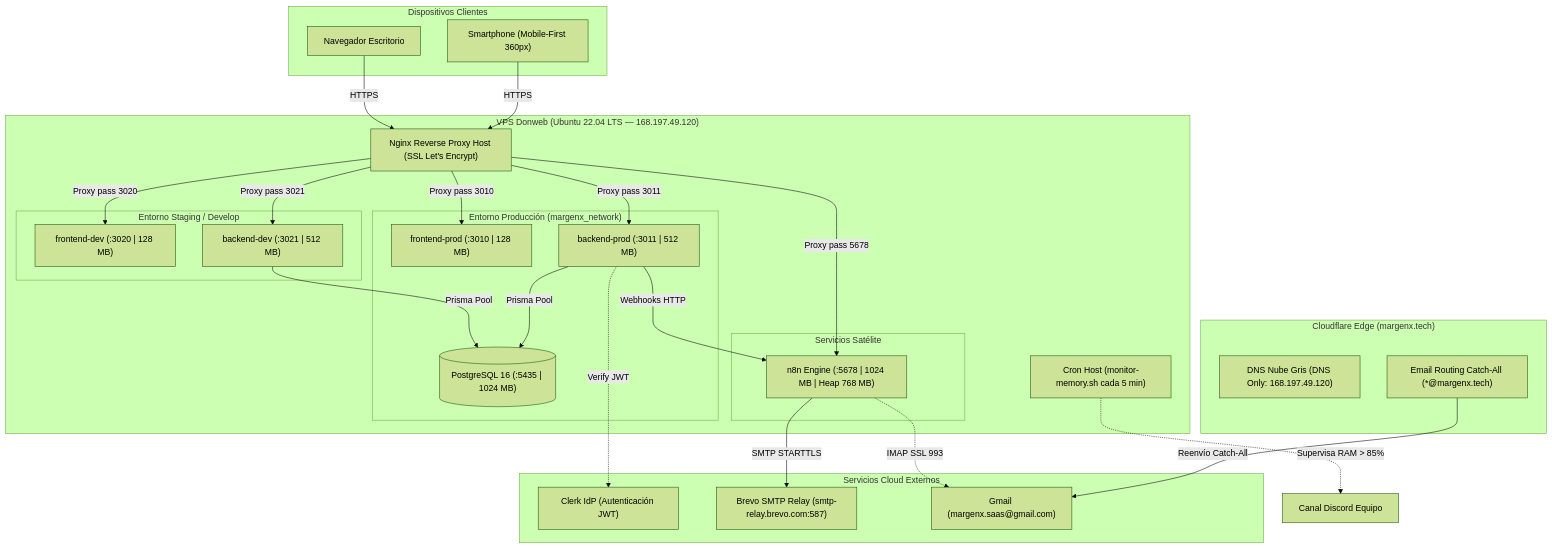
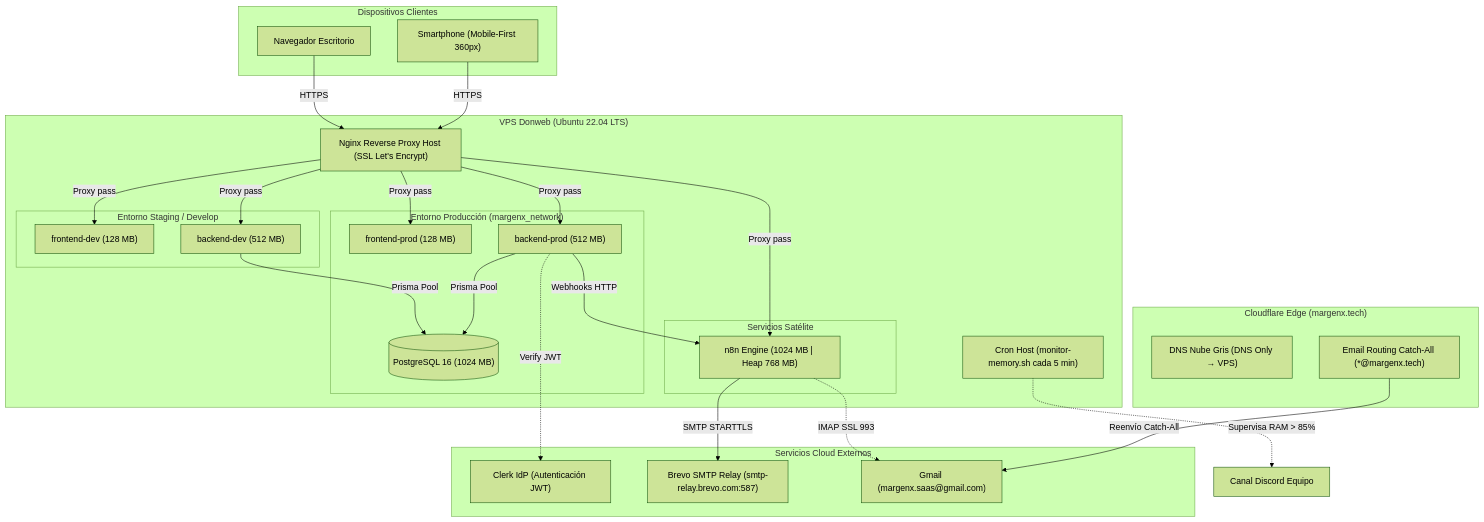
Before and after one commit to dgimenezdeveloper/margenx: the third of 3 diagrams in docs/Arquitectura-Software-(SAD).md, drawn with Mermaid (forest theme). The commit also changed 1 other file, not shown here.

Commit message:
docs(arquitectura): quitar IP y puertos del VPS de los diagramas de despliegue (#181)

````diff
--- a/docs/Arquitectura-Software-(SAD).md
+++ b/docs/Arquitectura-Software-(SAD).md
@@ -394,55 +394,55 @@
 ```mermaid
 graph TB
     subgraph CLIENTES ["Dispositivos Clientes"]
         Mobile["Smartphone (Mobile-First 360px)"]
         Desktop["Navegador Escritorio"]
     end
 
     subgraph CLOUDFLARE ["Cloudflare Edge (margenx.tech)"]
-        DNS["DNS Nube Gris (DNS Only: 168.197.49.120)"]
+        DNS["DNS Nube Gris (DNS Only → VPS)"]
         EmailRouting["Email Routing Catch-All (*@margenx.tech)"]
     end
 
     subgraph EXT_SERVICES ["Servicios Cloud Externos"]
         Clerk["Clerk IdP (Autenticación JWT)"]
         Brevo["Brevo SMTP Relay (smtp-relay.brevo.com:587)"]
         Gmail["Gmail (margenx.saas@gmail.com)"]
     end
 
-    subgraph VPS ["VPS Donweb (Ubuntu 22.04 LTS — 168.197.49.120)"]
+    subgraph VPS ["VPS Donweb (Ubuntu 22.04 LTS)"]
         Nginx["Nginx Reverse Proxy Host (SSL Let's Encrypt)"]
         CronHost["Cron Host (monitor-memory.sh cada 5 min)"]
 
         subgraph STACK_PROD ["Entorno Producción (margenx_network)"]
-            FrontP["frontend-prod (:3010 | 128 MB)"]
-            BackP["backend-prod (:3011 | 512 MB)"]
-            DB_Prod[("PostgreSQL 16 (:5435 | 1024 MB)")]
+            FrontP["frontend-prod (128 MB)"]
+            BackP["backend-prod (512 MB)"]
+            DB_Prod[("PostgreSQL 16 (1024 MB)")]
         end
 
         subgraph STACK_DEV ["Entorno Staging / Develop"]
-            FrontD["frontend-dev (:3020 | 128 MB)"]
-            BackD["backend-dev (:3021 | 512 MB)"]
+            FrontD["frontend-dev (128 MB)"]
+            BackD["backend-dev (512 MB)"]
         end
 
         subgraph AUTOMATION ["Servicios Satélite"]
-            N8N["n8n Engine (:5678 | 1024 MB | Heap 768 MB)"]
+            N8N["n8n Engine (1024 MB | Heap 768 MB)"]
         end
     end
 
     Mobile -->|HTTPS| Nginx
     Desktop -->|HTTPS| Nginx
-    Nginx -->|Proxy pass 3010| FrontP
-    Nginx -->|Proxy pass 3011| BackP
-    Nginx -->|Proxy pass 3020| FrontD
-    Nginx -->|Proxy pass 3021| BackD
-    Nginx -->|Proxy pass 5678| N8N
+    Nginx -->|Proxy pass| FrontP
+    Nginx -->|Proxy pass| BackP
+    Nginx -->|Proxy pass| FrontD
+    Nginx -->|Proxy pass| BackD
+    Nginx -->|Proxy pass| N8N
 
     BackP -->|Prisma Pool| DB_Prod
     BackD -->|Prisma Pool| DB_Prod
     BackP -.->|Verify JWT| Clerk
     BackP -->|Webhooks HTTP| N8N
     N8N -->|SMTP STARTTLS| Brevo
     EmailRouting -->|Reenvío Catch-All| Gmail
     N8N -.->|IMAP SSL 993| Gmail
     CronHost -.->|Supervisa RAM > 85%| Discord["Canal Discord Equipo"]
 ```
````
